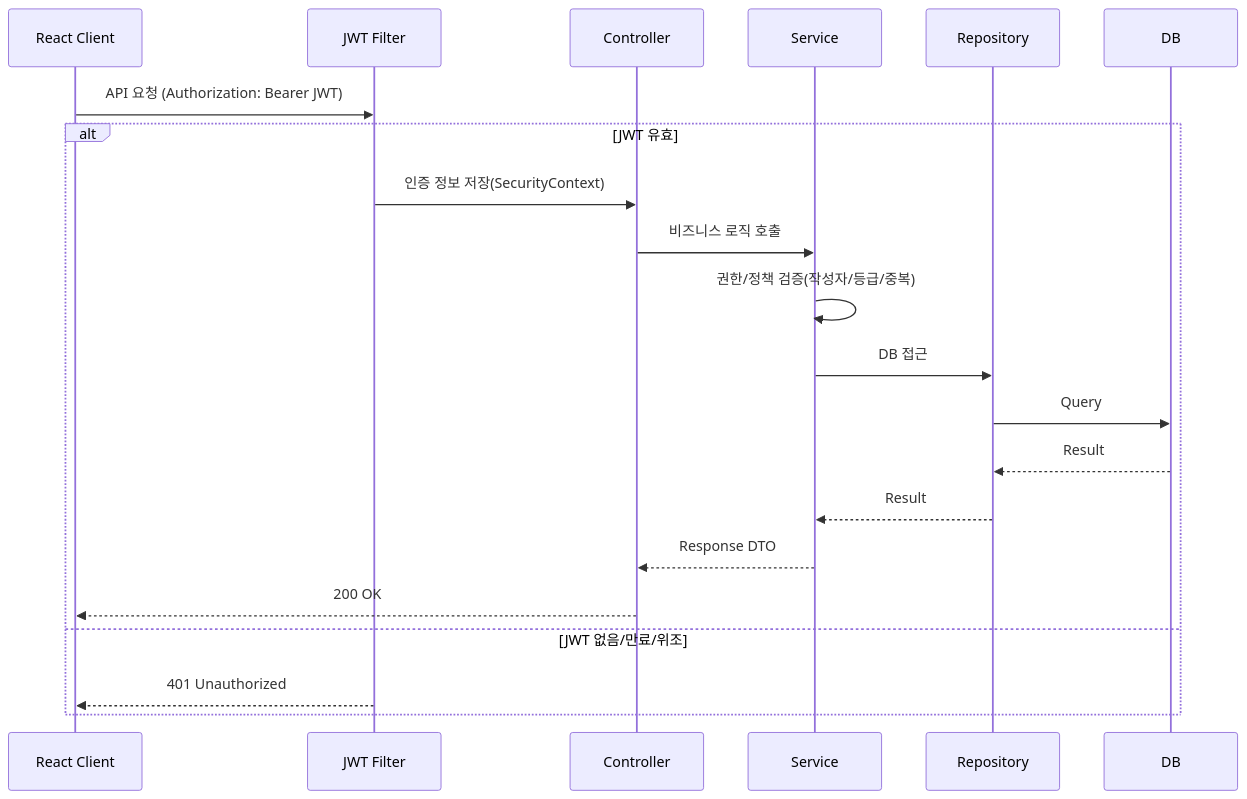
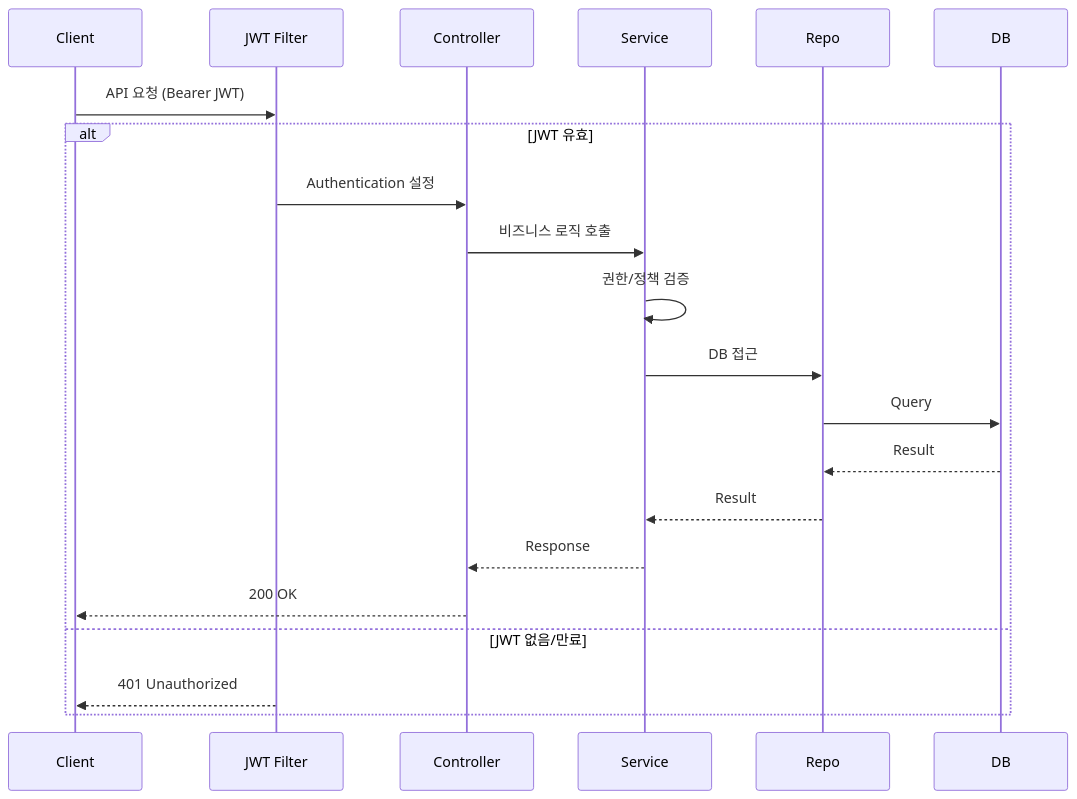
The second of 2 diagrams in README.md (JeongEuiHan/boardapi-project), drawn with Mermaid before and after one commit. The commit also changed other lines of this file, not shown here.

````diff
--- a/README.md
+++ b/README.md
@@ -159,25 +207,25 @@
 ```mermaid
 sequenceDiagram
-    participant Client as React Client
+    participant Client
     participant Filter as JWT Filter
-    participant Controller as Controller
-    participant Service as Service
-    participant Repo as Repository
-    participant DB as DB
+    participant Controller
+    participant Service
+    participant Repo
+    participant DB
 
-    Client->>Filter: API 요청 (Authorization: Bearer JWT)
+    Client->>Filter: API 요청 (Bearer JWT)
 
     alt JWT 유효
-        Filter->>Controller: 인증 정보 저장(SecurityContext)
+        Filter->>Controller: Authentication 설정
         Controller->>Service: 비즈니스 로직 호출
-        Service->>Service: 권한/정책 검증(작성자/등급/중복)
+        Service->>Service: 권한/정책 검증
         Service->>Repo: DB 접근
         Repo->>DB: Query
         DB-->>Repo: Result
         Repo-->>Service: Result
-        Service-->>Controller: Response DTO
+        Service-->>Controller: Response
         Controller-->>Client: 200 OK
-    else JWT 없음/만료/위조
+    else JWT 없음/만료
         Filter-->>Client: 401 Unauthorized
     end
 ```
````
